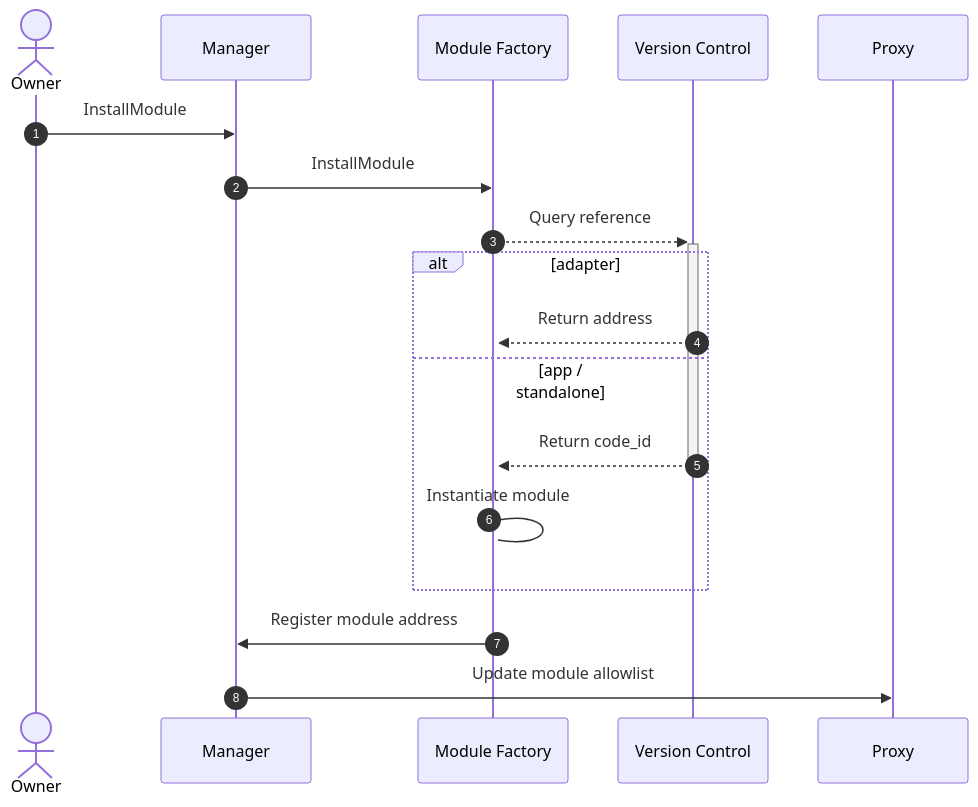
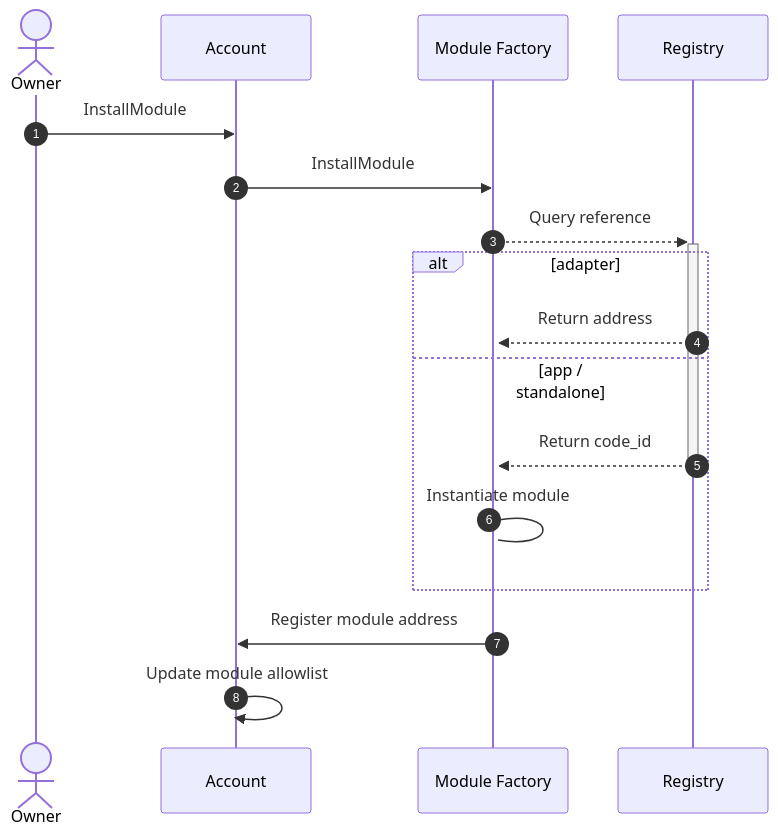
The first of 4 diagrams in framework/docs/src/5_platform/5_module_factory.md (AbstractSDK/abstract), drawn with Mermaid before and after one commit. The commit also changed other lines of this file and 137 other files, not shown here.

````diff
--- a/framework/docs/src/5_platform/5_module_factory.md
+++ b/framework/docs/src/5_platform/5_module_factory.md
@@ -13,22 +13,21 @@
 ```mermaid
 sequenceDiagram
     autonumber
     actor U as Owner
-    participant M as Manager
+    participant A as Account
     participant MF as Module Factory
-    participant VC as Version Control
-    participant P as Proxy
+    participant REG as Registry
 
-    U ->> M: InstallModule
-    M ->> MF: InstallModule
-    MF -->>+ VC: Query reference
+    U ->> A: InstallModule
+    A ->> MF: InstallModule
+    MF -->>+ REG: Query reference
     alt adapter
-        VC -->>+ MF: Return address
+        REG -->>+ MF: Return address
     else app / standalone
-        VC -->>- MF: Return code_id
+        REG -->>- MF: Return code_id
         MF -> MF: Instantiate module
     end
-    MF ->> M: Register module address
+    MF ->> A: Register module address
 
-    M ->> P: Update module allowlist
+    A ->> A: Update module allowlist
 ```
````
